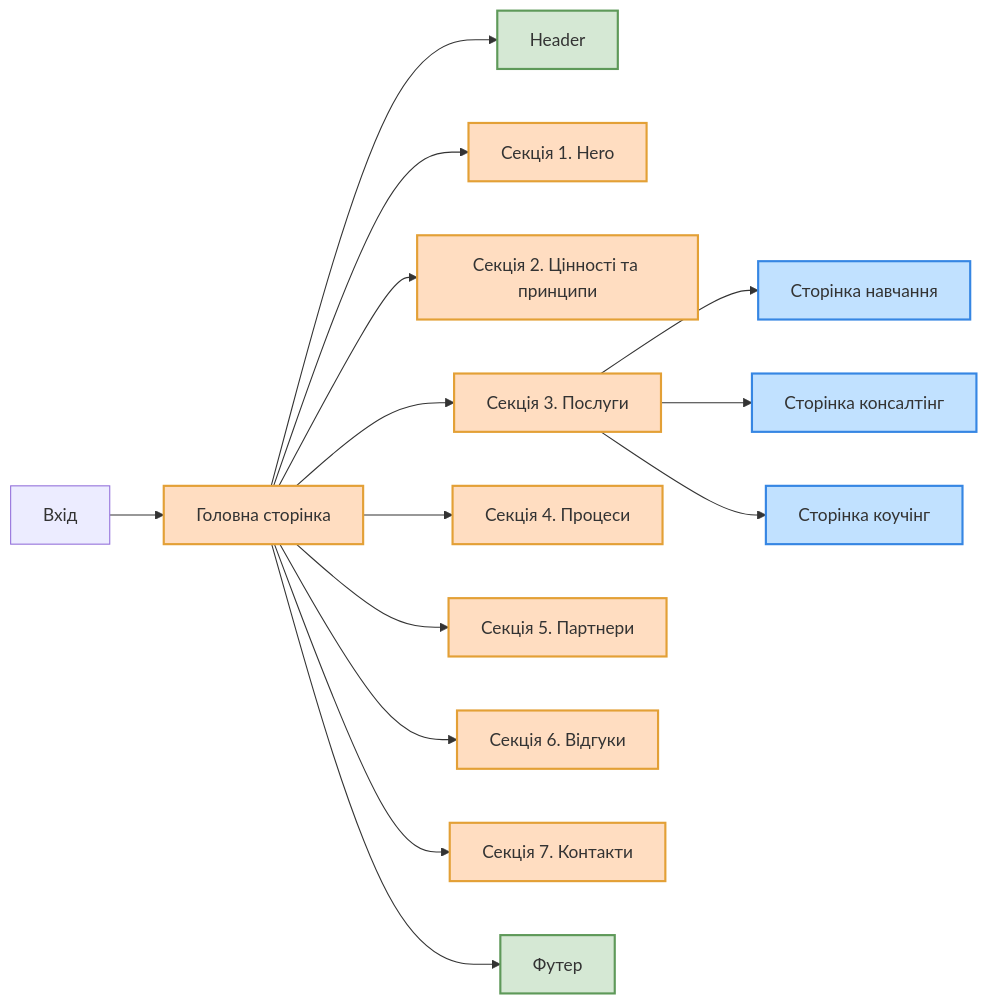
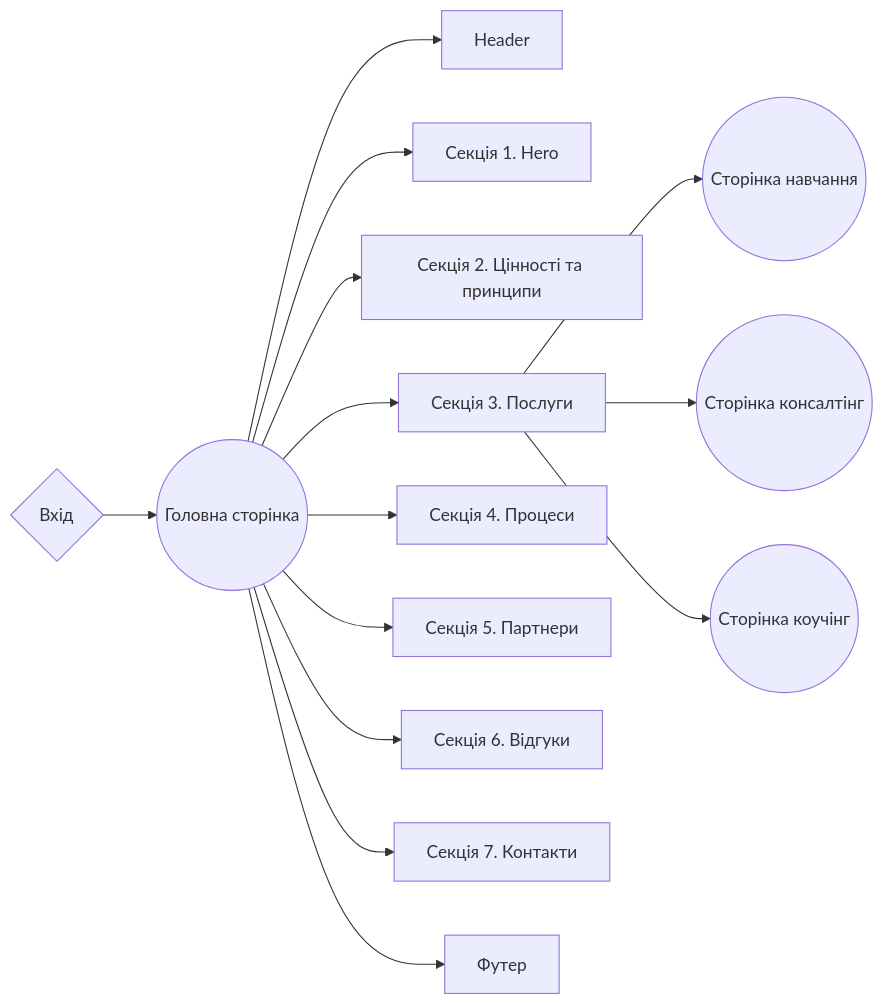
The diagram in README.md (SoftRyzen-internship/IM-CONSULTING), drawn with Mermaid before and after one commit. The commit also changed other lines of this file, not shown here.

Commit message:
readme PR warnings processed

````diff
--- a/README.md
+++ b/README.md
@@ -51,39 +65,17 @@
 ```mermaid
 graph LR
 
-  %% Хедер
-  style B fill:#D5E8D4, stroke:#5E9959, stroke-width:2px;
-
-  %% Секції
-  style A fill:#FFDDC1, stroke:#E3A036, stroke-width:2px;
-  style C fill:#FFDDC1, stroke:#E3A036, stroke-width:2px;
-  style D fill:#FFDDC1, stroke:#E3A036, stroke-width:2px;
-  style E fill:#FFDDC1, stroke:#E3A036, stroke-width:2px;
-  style F fill:#FFDDC1, stroke:#E3A036, stroke-width:2px;
-  style G fill:#FFDDC1, stroke:#E3A036, stroke-width:2px;
-  style H fill:#FFDDC1, stroke:#E3A036, stroke-width:2px;
-  style I fill:#FFDDC1, stroke:#E3A036, stroke-width:2px;
-
-  %% Сторінки
-  style N fill:#C1E1FF, stroke:#3686E3, stroke-width:2px;
-  style O fill:#C1E1FF, stroke:#3686E3, stroke-width:2px;
-  style P fill:#C1E1FF, stroke:#3686E3, stroke-width:2px;
-
-
-  %% Футер
-  style J fill:#D5E8D4, stroke:#5E9959, stroke-width:2px;
-
-  Z[Вхід] --> A[Головна сторінка]
+  Z{Вхід} --> A((Головна сторінка))
   A --> B[Header]
   A --> C[Секція 1. Hero]
   A --> D[Секція 2. Цінності та принципи]
   A --> E[Секція 3. Послуги]
   A --> F[Секція 4. Процеси]
   A --> G[Секція 5. Партнери]
   A --> H[Секція 6. Відгуки]
   A --> I[Секція 7. Контакти]
   A --> J[Футер]
-  E --> N[Сторінка навчання]
-  E --> O[Сторінка консалтінг]
-  E --> P[Сторінка коучінг]
+  E --> N((Сторінка навчання))
+  E --> O((Сторінка консалтінг))
+  E --> P((Сторінка коучінг))
 ```
````
